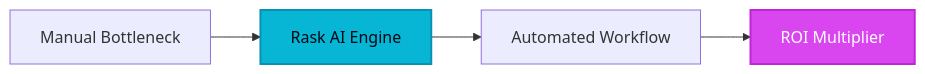
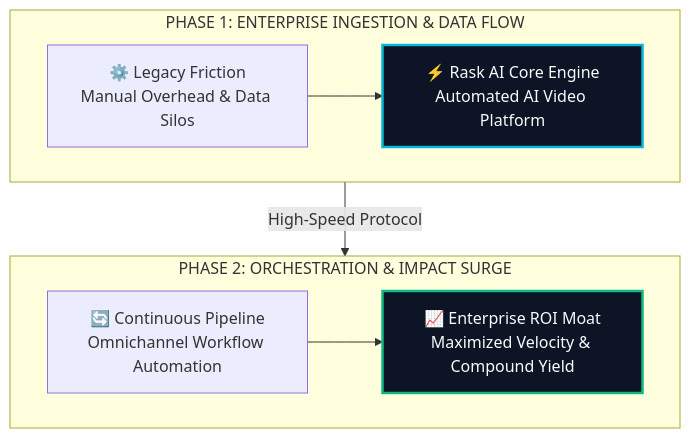
One commit to heliatech-media/saas-radar changed the diagram in site/src/content/blog/rask-ai-evolution-guide-2026.md. Above: the diagram before and after it, drawn with Mermaid. The commit also changed 97 other files, not shown here.

First line of the commit message:
feat(diagrams): upgrade all article architecture schemas to high-impact 2-tier responsive vector blueprints

````diff
--- a/site/src/content/blog/rask-ai-evolution-guide-2026.md
+++ b/site/src/content/blog/rask-ai-evolution-guide-2026.md
@@ -53,8 +53,14 @@
 ```mermaid
-flowchart LR
-    A[Manual Bottleneck] --> B[Rask AI Engine]
-    B --> C[Automated Workflow]
-    C --> D[ROI Multiplier]
-    style B fill:#06b6d4,stroke:#0891b2,stroke-width:2px,color:#030712
-    style D fill:#d946ef,stroke:#c026d3,stroke-width:2px,color:#ffffff
+flowchart TD
+    subgraph S1["PHASE 1: ENTERPRISE INGESTION & DATA FLOW"]
+        direction LR
+        A["⚙️ Legacy Friction<br/>Manual Overhead & Data Silos"] --> B["⚡ Rask AI Core Engine<br/>Automated AI Video Platform"]
+    end
+    subgraph S2["PHASE 2: ORCHESTRATION & IMPACT SURGE"]
+        direction LR
+        C["🔄 Continuous Pipeline<br/>Omnichannel Workflow Automation"] --> D["📈 Enterprise ROI Moat<br/>Maximized Velocity & Compound Yield"]
+    end
+    S1 -->|High-Speed Protocol| S2
+    style B fill:#0c1425,stroke:#06b6d4,stroke-width:2.5px,color:#f8fafc
+    style D fill:#0c1425,stroke:#10b981,stroke-width:2.5px,color:#f8fafc
 ```
````
